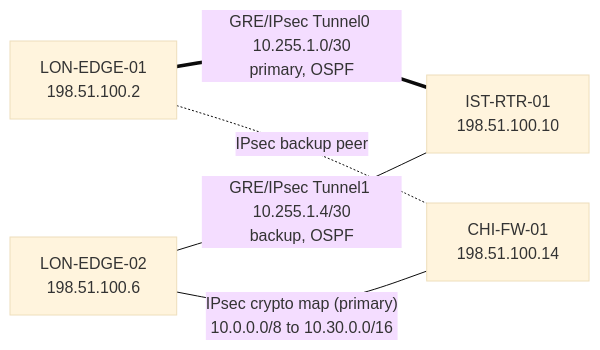
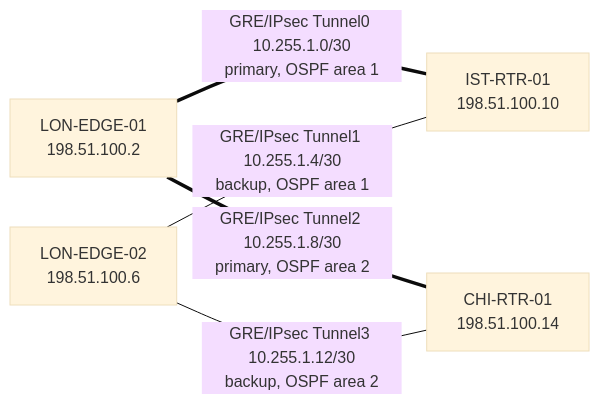
Before and after one commit to atahan99/bosphorus-enterprise-net: the sixth of 7 diagrams in diagrams/README.md, drawn with Mermaid (base theme). The commit also changed other lines of this file and 48 other files, not shown here.

````diff
--- a/diagrams/README.md
+++ b/diagrams/README.md
@@ -124,11 +129,11 @@
 ```mermaid
 flowchart LR
   E1["LON-EDGE-01<br/>198.51.100.2"]
   E2["LON-EDGE-02<br/>198.51.100.6"]
   IST["IST-RTR-01<br/>198.51.100.10"]
-  CHI["CHI-FW-01<br/>198.51.100.14"]
-  E1 == "GRE/IPsec Tunnel0 10.255.1.0/30<br/>primary, OSPF" === IST
-  E2 -- "GRE/IPsec Tunnel1 10.255.1.4/30<br/>backup, OSPF" --- IST
-  E2 -- "IPsec crypto map (primary)<br/>10.0.0.0/8 to 10.30.0.0/16" --- CHI
-  E1 -. "IPsec backup peer" .- CHI
+  CHI["CHI-RTR-01<br/>198.51.100.14"]
+  E1 == "GRE/IPsec Tunnel0 10.255.1.0/30<br/>primary, OSPF area 1" === IST
+  E2 -- "GRE/IPsec Tunnel1 10.255.1.4/30<br/>backup, OSPF area 1" --- IST
+  E1 == "GRE/IPsec Tunnel2 10.255.1.8/30<br/>primary, OSPF area 2" === CHI
+  E2 -- "GRE/IPsec Tunnel3 10.255.1.12/30<br/>backup, OSPF area 2" --- CHI
 ```
````
